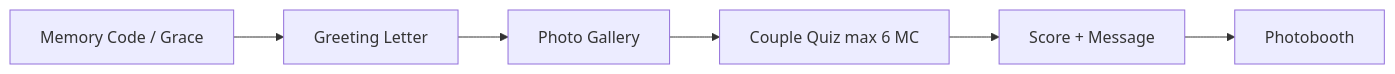
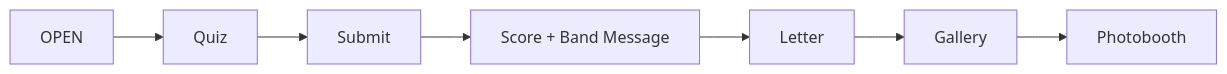
One commit to vinoslwly/celebrate-florist changed the third of 5 diagrams in docs/08_EXPERIENCE_MODES.md. Above: the diagram before and after it, drawn with Mermaid. The commit also changed other lines of this file and 118 other files, not shown here.

````diff
--- a/docs/08_EXPERIENCE_MODES.md
+++ b/docs/08_EXPERIENCE_MODES.md
@@ -162,8 +158,9 @@
 ```mermaid
 flowchart LR
-    A[Memory Code / Grace] --> B[Greeting Letter]
-    B --> C[Photo Gallery]
-    C --> D[Couple Quiz max 6 MC]
-    D --> E[Score + Message]
-    E --> F[Photobooth]
+    A[OPEN] --> B[Quiz]
+    B --> C[Submit]
+    C --> D[Score + Band Message]
+    D --> E[Letter]
+    E --> F[Gallery]
+    F --> G[Photobooth]
 ```
````
